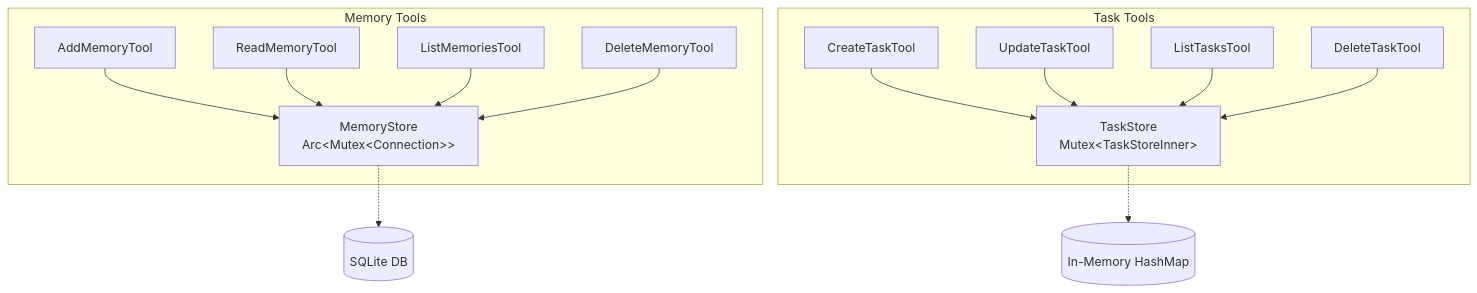
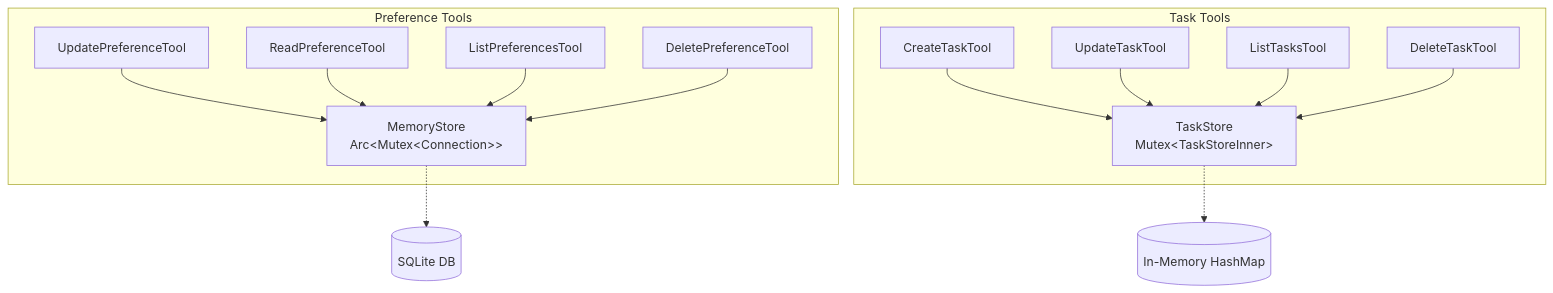
Diagram 12 of 37 in docs/ARCHITECTURE.md (Refefer/quick-query-rs), drawn with Mermaid before and after one commit. The commit also changed other lines of this file and 12 other files, not shown here.

First line of the commit message:
Rename memory tools to preference tools and scope to user preferences

````diff
--- a/docs/ARCHITECTURE.md
+++ b/docs/ARCHITECTURE.md
@@ -602,21 +602,21 @@
 ```mermaid
 graph TD
-    subgraph "Memory Tools"
+    subgraph "Preference Tools"
         MS["MemoryStore<br/>Arc&lt;Mutex&lt;Connection&gt;&gt;"]
-        AMT["AddMemoryTool"] --> MS
-        RMT["ReadMemoryTool"] --> MS
-        LMT["ListMemoriesTool"] --> MS
-        DMT["DeleteMemoryTool"] --> MS
+        AMT["UpdatePreferenceTool"] --> MS
+        RMT["ReadPreferenceTool"] --> MS
+        LMT["ListPreferencesTool"] --> MS
+        DMT["DeletePreferenceTool"] --> MS
     end
 
     subgraph "Task Tools"
         TS["TaskStore<br/>Mutex&lt;TaskStoreInner&gt;"]
         CTT["CreateTaskTool"] --> TS
         UTT["UpdateTaskTool"] --> TS
         LTT["ListTasksTool"] --> TS
         DTT["DeleteTaskTool"] --> TS
     end
 
     MS -.-> SQLite[(SQLite DB)]
     TS -.-> RAM[(In-Memory HashMap)]
 ```
````
